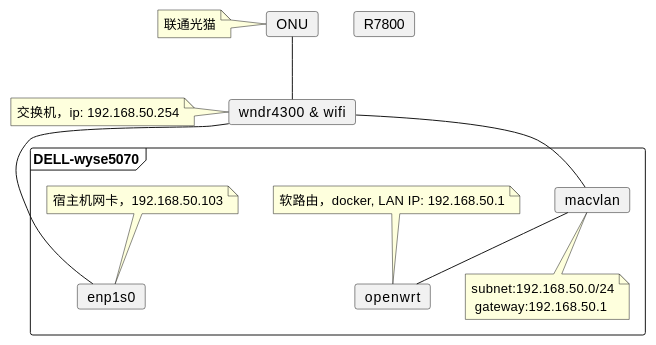
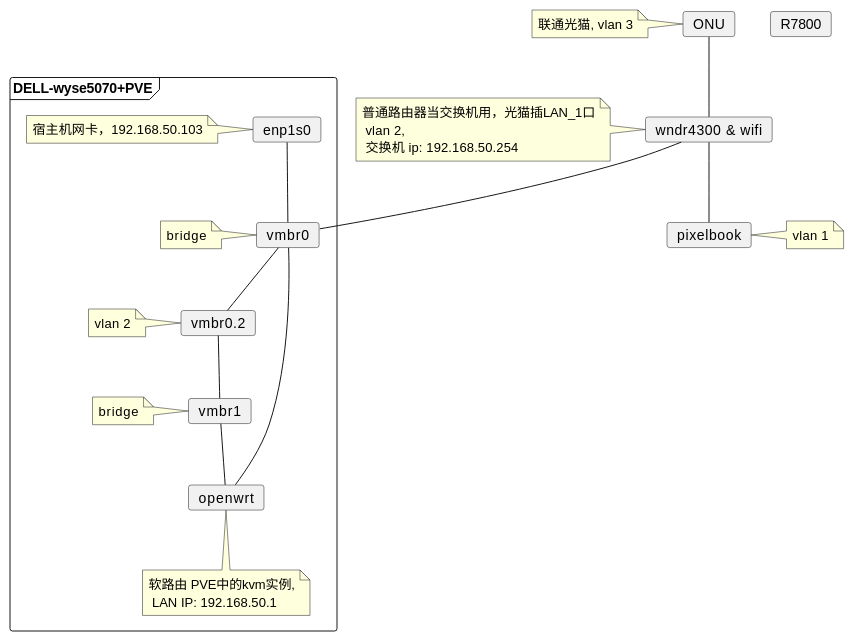
Before and after one commit to wiloon/blog: the diagram in content/post/network/软路由.md, drawn with PlantUML. The commit also changed other lines of this file and 9 other files, not shown here.

````diff
--- a/content/post/network/软路由.md
+++ b/content/post/network/软路由.md
@@ -13,27 +39,36 @@
 ```puml
 @startuml
 card ONU as onu
-note left: 联通光猫
+note left: 联通光猫, vlan 3
 card "wndr4300 & wifi" as switch
-note left: 交换机，ip: 192.168.50.254
+note left: 普通路由器当交换机用，光猫插LAN_1口\n vlan 2,\n 交换机 ip: 192.168.50.254
 
-frame DELL-wyse5070{
+frame DELL-wyse5070+PVE{
+    card vmbr0
+    note left: bridge
     card enp1s0
-    note top: 宿主机网卡，192.168.50.103
+    note left: 宿主机网卡，192.168.50.103
+    enp1s0 -- vmbr0
 
-    card macvlan as router_macvlan
-    note bottom: subnet:192.168.50.0/24\n gateway:192.168.50.1
+    card vmbr0.2
+    note left: vlan 2
+    vmbr0 -- vmbr0.2
+    card vmbr1 
+    note left: bridge
+    vmbr0.2 -- vmbr1
+ 
+    card openwrt as router
+    note bottom: 软路由 PVE中的kvm实例,\n LAN IP: 192.168.50.1
 
-    card openwrt as router
-    note top: 软路由，docker, LAN IP: 192.168.50.1
+    vmbr1 -- router
+    vmbr0 -- router
 }
 
 card R7800
-
-
+card pixelbook
+note right: vlan 1
 onu -- switch
-switch -- enp1s0
-switch -- router_macvlan
-router_macvlan -- router
+switch -- vmbr0
+switch -- pixelbook
 @enduml
 ```
````
